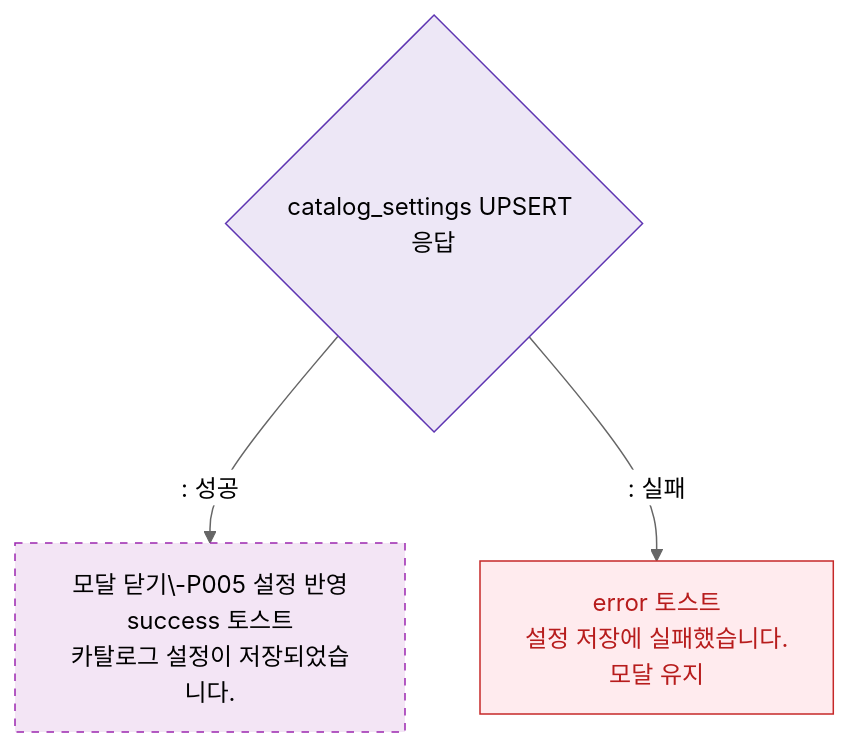
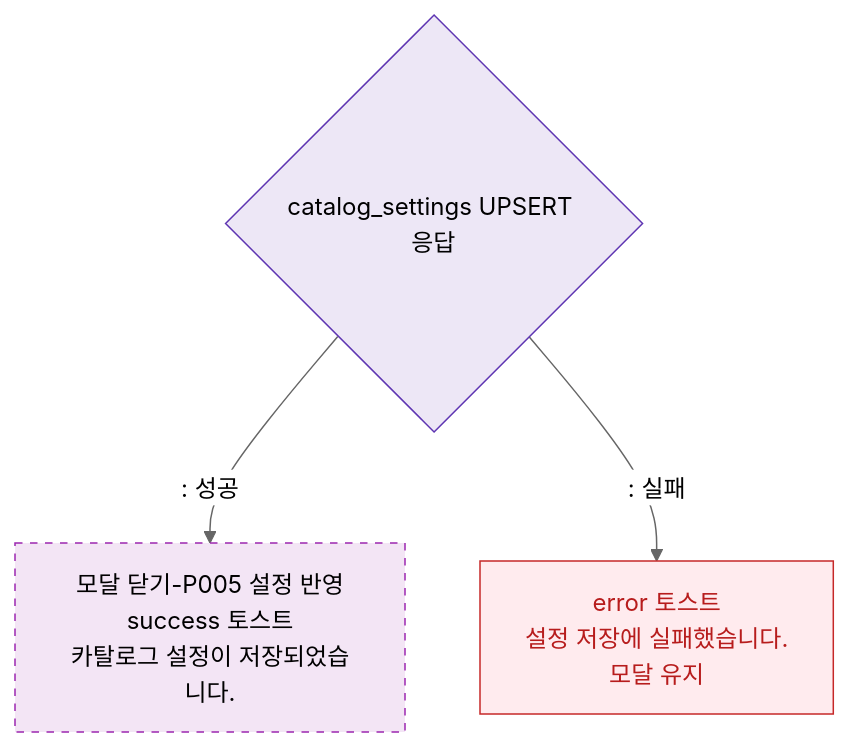
The diagram in docs/admin/다이어그램/D05_상품관리/DLG/DLG-P010_카탈로그설정/M3_결과분기.md (dev-spogym/admin-pando), drawn with Mermaid (neutral theme) before and after one commit. The commit also changed 369 other files, not shown here.

````diff
--- a/docs/admin/다이어그램/D05_상품관리/DLG/DLG-P010_카탈로그설정/M3_결과분기.md
+++ b/docs/admin/다이어그램/D05_상품관리/DLG/DLG-P010_카탈로그설정/M3_결과분기.md
@@ -14,12 +14,12 @@
 ```mermaid
 flowchart TD
-    SaveAPI{catalog_settings UPSERT 응답} -->|": 성공"|SuccessResult[모달 닫기\-P005 설정 반영\nsuccess 토스트\n카탈로그 설정이 저장되었습니다.]
+    SaveAPI{catalog_settings UPSERT 응답} -->|": 성공"|SuccessResult[모달 닫기-P005 설정 반영\nsuccess 토스트\n카탈로그 설정이 저장되었습니다.]
     SaveAPI -->|": 실패"|ErrResult[error 토스트\n설정 저장에 실패했습니다.\n모달 유지]
 
     classDef newFeature fill:#F3E5F5,stroke:#9C27B0,stroke-dasharray:5 5
     classDef error fill:#FFEBEE,stroke:#C62828,color:#B71C1C
     classDef system fill:#EDE7F6,stroke:#5E35B2
     class SuccessResult newFeature
     class ErrResult error
     class SaveAPI system
 ```
````
